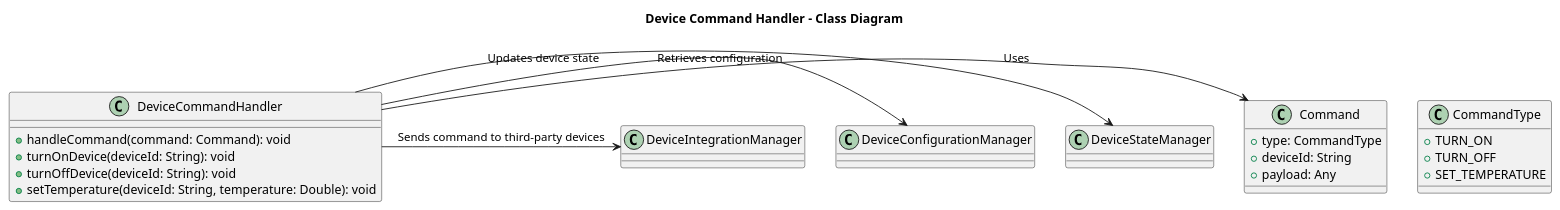
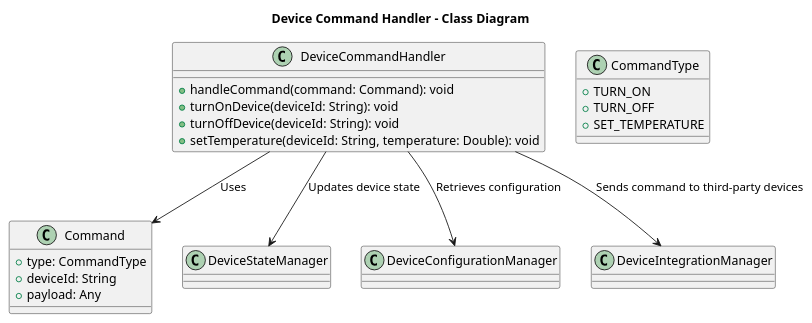
Before and after one commit to vladis62/yandex-asoftware-architect: the diagram in sprint3/homework/smart-home-monolith/diagrams/code/DeviceCommandHandler.puml, drawn with PlantUML. The commit also changed 1 other file, not shown here.

```diff
--- a/sprint3/homework/smart-home-monolith/diagrams/code/DeviceCommandHandler.puml
+++ b/sprint3/homework/smart-home-monolith/diagrams/code/DeviceCommandHandler.puml
@@ -1,27 +1,27 @@
 @startuml
 title Device Command Handler - Class Diagram
 
 class DeviceCommandHandler {
   +handleCommand(command: Command): void
   +turnOnDevice(deviceId: String): void
   +turnOffDevice(deviceId: String): void
   +setTemperature(deviceId: String, temperature: Double): void
 }
 
 class Command {
   +type: CommandType
   +deviceId: String
   +payload: Any
 }
 
 class CommandType {
   +TURN_ON
   +TURN_OFF
   +SET_TEMPERATURE
 }
 
-DeviceCommandHandler -> Command : Uses
-DeviceCommandHandler -> DeviceStateManager : Updates device state
-DeviceCommandHandler -> DeviceConfigurationManager : Retrieves configuration
-DeviceCommandHandler -> DeviceIntegrationManager : Sends command to third-party devices
+DeviceCommandHandler --> Command : Uses
+DeviceCommandHandler --> DeviceStateManager : Updates device state
+DeviceCommandHandler --> DeviceConfigurationManager : Retrieves configuration
+DeviceCommandHandler --> DeviceIntegrationManager : Sends command to third-party devices
 @enduml
```
